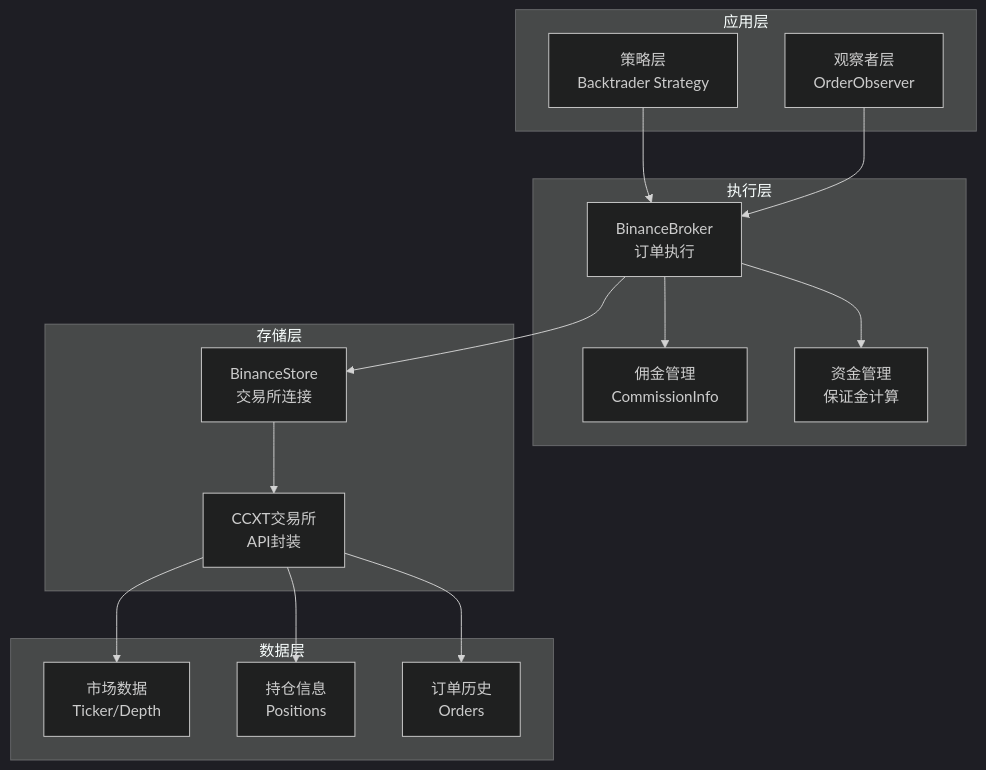
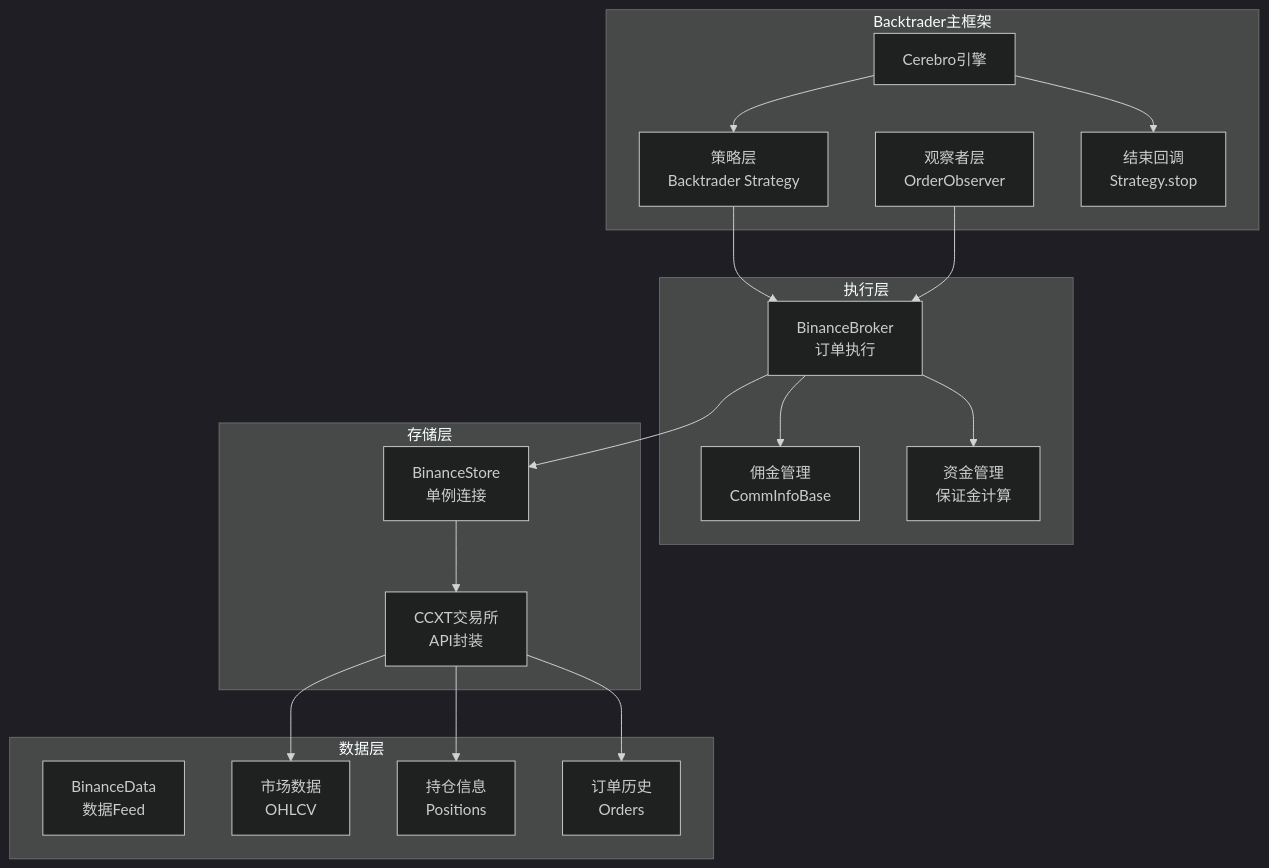
Before and after one commit to bench-prog/backtrader: the second of 8 diagrams in .qoder/repowiki/zh/content/实盘交易模块/Binance交易所集成/BinanceBroker执行层.md, drawn with Mermaid (dark theme). The commit also changed other lines of this file and 23 other files, not shown here.

````diff
--- a/.qoder/repowiki/zh/content/实盘交易模块/Binance交易所集成/BinanceBroker执行层.md
+++ b/.qoder/repowiki/zh/content/实盘交易模块/Binance交易所集成/BinanceBroker执行层.md
@@ -109,30 +107,35 @@
 ```mermaid
 graph TB
-subgraph "应用层"
+subgraph "Backtrader主框架"
+CER[Cerebro引擎]
 STR[策略层<br/>Backtrader Strategy]
 OBS[观察者层<br/>OrderObserver]
+END[结束回调<br/>Strategy.stop]
 end
 subgraph "执行层"
 BB[BinanceBroker<br/>订单执行]
-CM[佣金管理<br/>CommissionInfo]
+CM[佣金管理<br/>CommInfoBase]
 FM[资金管理<br/>保证金计算]
 end
 subgraph "存储层"
-BS[BinanceStore<br/>交易所连接]
-EX[CCXT交易所<br/>API封装]
+BS[BinanceStore<br/>单例连接]
+CS[CCXT交易所<br/>API封装]
 end
 subgraph "数据层"
-MD[市场数据<br/>Ticker/Depth]
+BD[BinanceData<br/>数据Feed]
+MD[市场数据<br/>OHLCV]
 POS[持仓信息<br/>Positions]
 ORD[订单历史<br/>Orders]
 end
+CER --> STR
 STR --> BB
 OBS --> BB
 BB --> BS
-BS --> EX
-EX --> MD
-EX --> POS
-EX --> ORD
+BS --> CS
+CS --> MD
+CS --> POS
+CS --> ORD
 BB --> CM
 BB --> FM
+CER --> END
 ```
````
